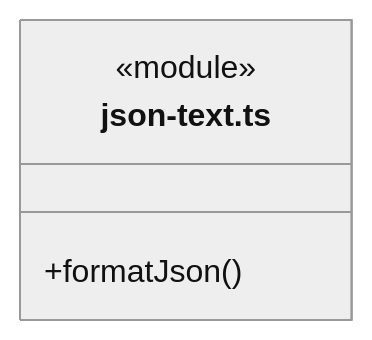
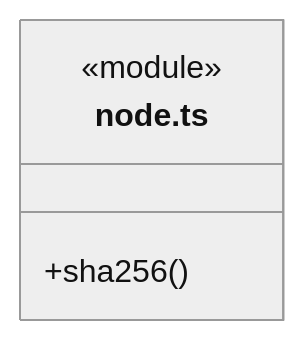
Before and after one commit to nan023062/cbim: the seventh of 9 diagrams in src/foundations/utility/ARCHITECTURE.md, drawn with Mermaid (neutral theme). The commit also changed other lines of this file and 28 other files, not shown here.

````diff
--- a/src/foundations/utility/ARCHITECTURE.md
+++ b/src/foundations/utility/ARCHITECTURE.md
@@ -116,7 +118,7 @@
 ```mermaid
 classDiagram
-class N_src_foundations_utility_json_text_ts["json-text.ts"] {
+class N_src_foundations_utility_node_ts["node.ts"] {
   <<module>>
-  +formatJson()
+  +sha256()
 }
 ```
````
